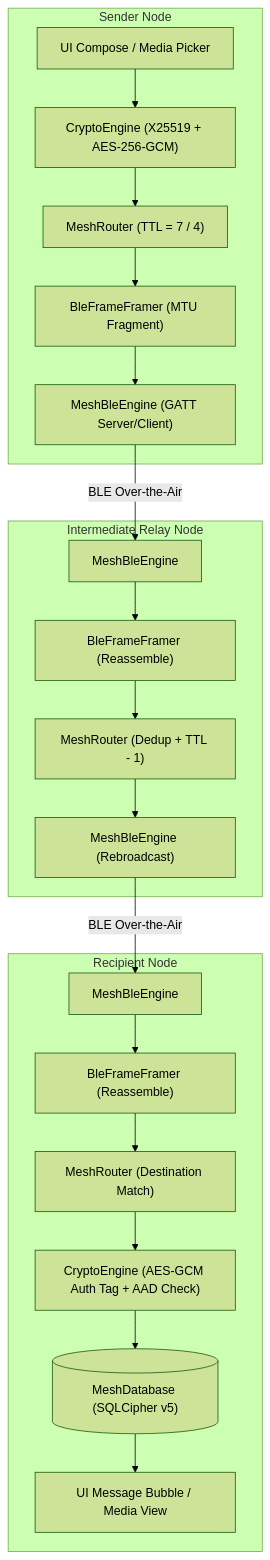
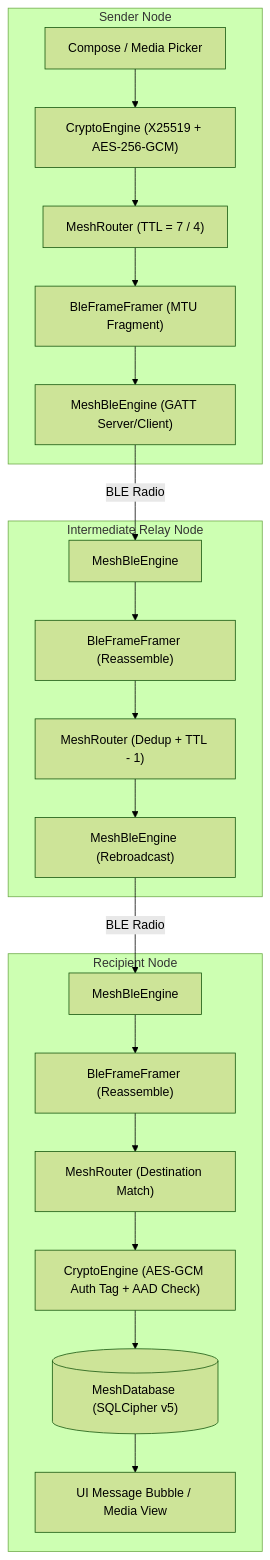
Before and after one commit to gintama1018/BIT-FOR-US: the diagram in README.md, drawn with Mermaid (forest theme). The commit also changed other lines of this file, not shown here.

Commit message:
docs: finalize senior maintainer README with verified architectural and cryptographic specifications

````diff
--- a/README.md
+++ b/README.md
@@ -46,26 +46,26 @@
 ```mermaid
 graph TD
     subgraph Sender ["Sender Node"]
-        UI_Send["UI Compose / Media Picker"] --> Crypto["CryptoEngine (X25519 + AES-256-GCM)"]
+        UI_Send["Compose / Media Picker"] --> Crypto["CryptoEngine (X25519 + AES-256-GCM)"]
         Crypto --> Router_Send["MeshRouter (TTL = 7 / 4)"]
         Router_Send --> Framer_Send["BleFrameFramer (MTU Fragment)"]
         Framer_Send --> BLE_TX["MeshBleEngine (GATT Server/Client)"]
     end
 
     subgraph Relay ["Intermediate Relay Node"]
         BLE_RX_R["MeshBleEngine"] --> Framer_Relay["BleFrameFramer (Reassemble)"]
         Framer_Relay --> Router_Relay["MeshRouter (Dedup + TTL - 1)"]
         Router_Relay --> BLE_TX_R["MeshBleEngine (Rebroadcast)"]
     end
 
     subgraph Recipient ["Recipient Node"]
         BLE_RX_Rec["MeshBleEngine"] --> Framer_Rec["BleFrameFramer (Reassemble)"]
         Framer_Rec --> Router_Rec["MeshRouter (Destination Match)"]
         Router_Rec --> Decrypt["CryptoEngine (AES-GCM Auth Tag + AAD Check)"]
         Decrypt --> DB[("MeshDatabase (SQLCipher v5)")]
         DB --> UI_Rec["UI Message Bubble / Media View"]
     end
 
-    BLE_TX -->|BLE Over-the-Air| BLE_RX_R
-    BLE_TX_R -->|BLE Over-the-Air| BLE_RX_Rec
+    BLE_TX -->|BLE Radio| BLE_RX_R
+    BLE_TX_R -->|BLE Radio| BLE_RX_Rec
 ```
````
